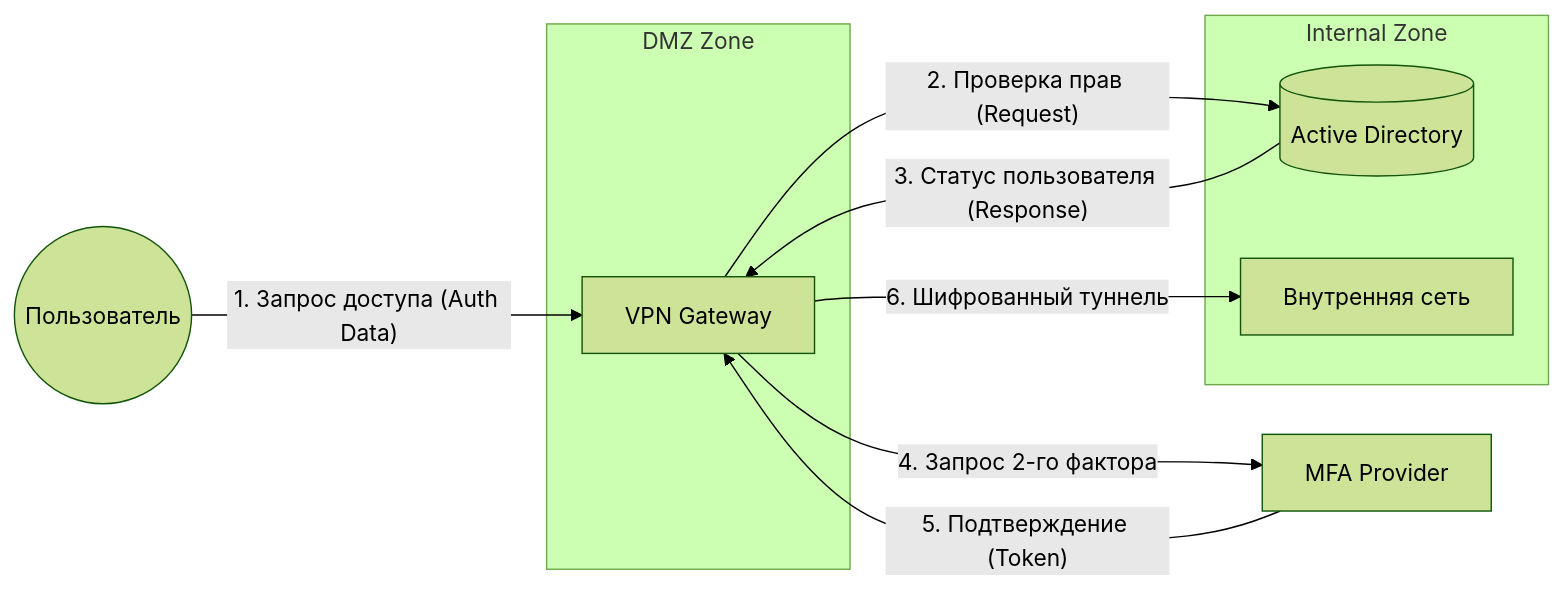
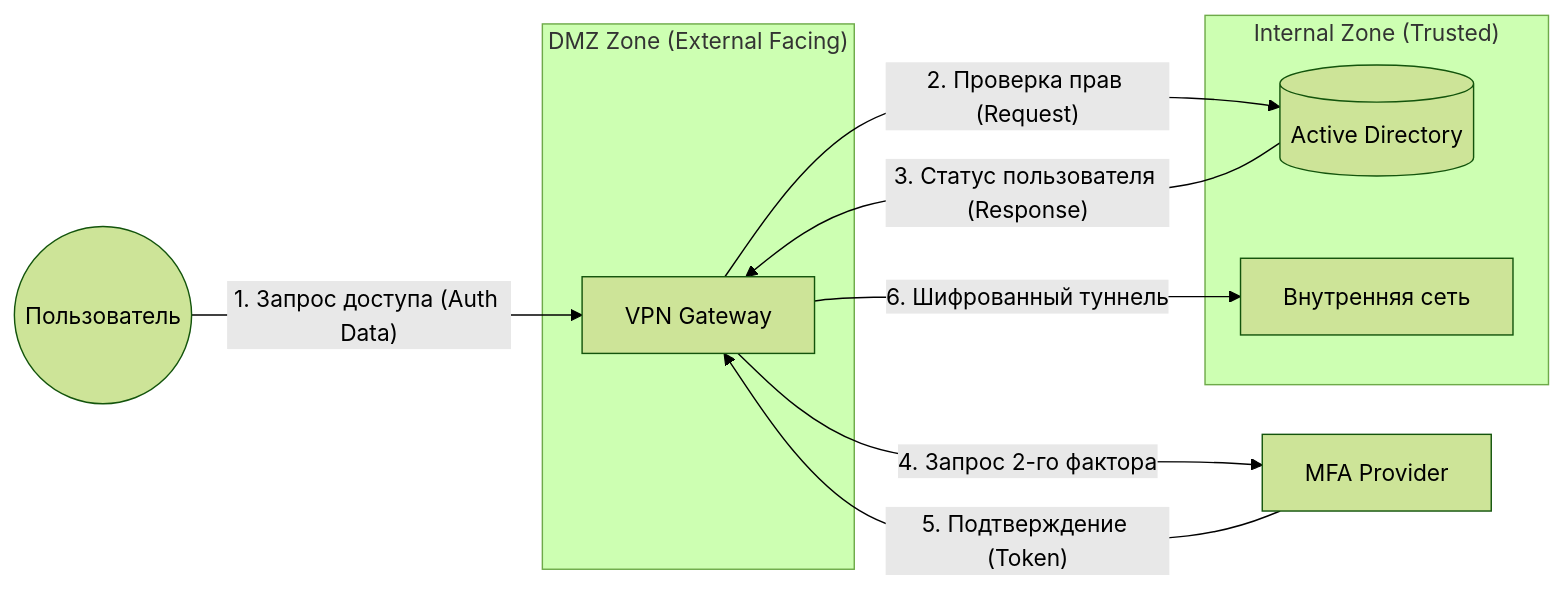
The diagram in diagrams/data_flow.md (smakova14/secure-vpn-system-analysis), drawn with Mermaid (forest theme) before and after one commit. The commit also changed other lines of this file, not shown here.

````diff
--- a/diagrams/data_flow.md
+++ b/diagrams/data_flow.md
@@ -6,18 +16,18 @@
 ```mermaid
 graph LR
     User((Пользователь)) -- "1. Запрос доступа (Auth Data)" --> Gateway[VPN Gateway]
     Gateway -- "2. Проверка прав (Request)" --> AD[(Active Directory)]
     AD -- "3. Статус пользователя (Response)" --> Gateway
     Gateway -- "4. Запрос 2-го фактора" --> MFA[MFA Provider]
     MFA -- "5. Подтверждение (Token)" --> Gateway
     Gateway -- "6. Шифрованный туннель" --> Intranet[Внутренняя сеть]
     
-    subgraph "DMZ Zone"
+    subgraph "DMZ Zone (External Facing)"
     Gateway
     end
     
-    subgraph "Internal Zone"
+    subgraph "Internal Zone (Trusted)"
     AD
     Intranet
     end
 ```
````
